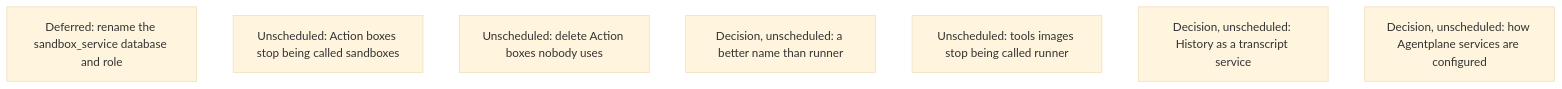
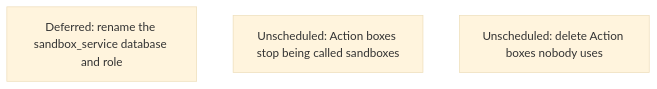
Diagram 12 of 16 in agentplane/plans/task_dag.md (agentydragon/ducktape), drawn with Mermaid (base theme) before and after one commit. The commit also changed other lines of this file, not shown here.

Commit message:
docs(agentplane): remove completed Go relay task

````diff
--- a/agentplane/plans/task_dag.md
+++ b/agentplane/plans/task_dag.md
@@ -1521,10 +1564,6 @@
 ```mermaid
 flowchart TD
     HISTORY_DATABASE_RENAME[Deferred: rename the sandbox_service database and role]
     ACTION_BOX_RENAME[Unscheduled: Action boxes stop being called sandboxes]
     ACTION_BOX_IDLE_REAPER[Unscheduled: delete Action boxes nobody uses]
-    RUNNER_RENAME[Decision, unscheduled: a better name than runner]
-    RUNNER_IMAGES_RENAME[Unscheduled: tools images stop being called runner]
-    HISTORY_SERVICE_RENAME[Decision, unscheduled: History as a transcript service]
-    SERVICE_SETTINGS_RETHINK[Decision, unscheduled: how Agentplane services are configured]
 ```
````
